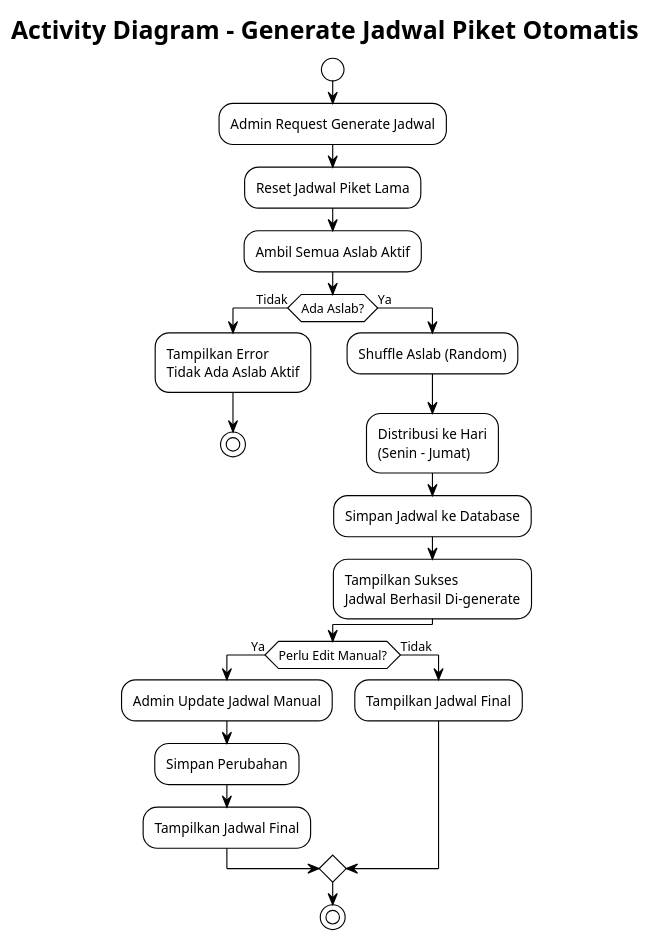
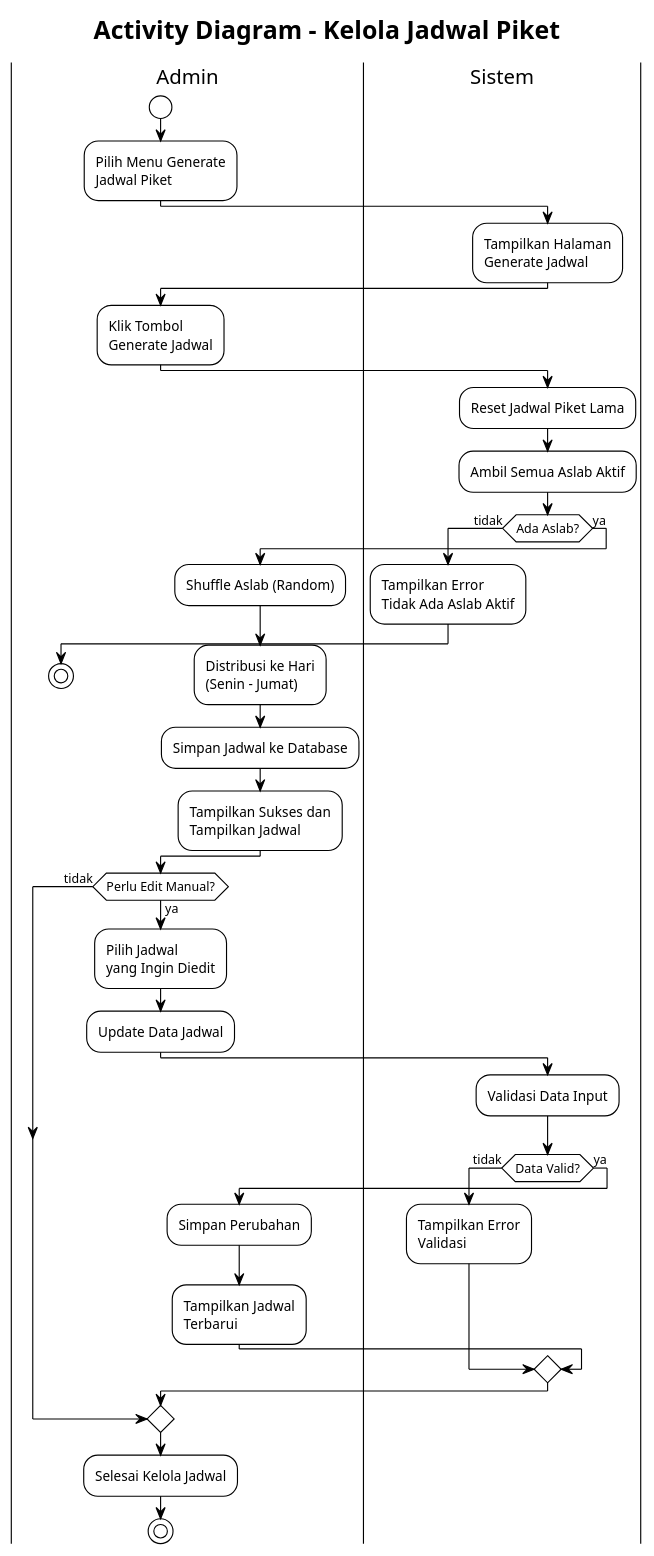
One commit to zalzdarkent/absensi_aslab_react changed the diagram in docs/diagrams/activity/generate_jadwal_piket.puml. Above: the diagram before and after it, drawn with PlantUML. The commit also changed 1 other file, not shown here.

```diff
--- a/docs/diagrams/activity/generate_jadwal_piket.puml
+++ b/docs/diagrams/activity/generate_jadwal_piket.puml
@@ -1,33 +1,53 @@
 @startuml Generate Jadwal Piket Otomatis
 !theme plain
 
-title Activity Diagram - Generate Jadwal Piket Otomatis
+title Activity Diagram - Kelola Jadwal Piket
 
+|Admin|
 start
-:Admin Request Generate Jadwal;
+:Pilih Menu Generate\nJadwal Piket;
 
+|Sistem|
+:Tampilkan Halaman\nGenerate Jadwal;
+
+|Admin|
+:Klik Tombol\nGenerate Jadwal;
+
+|Sistem|
 :Reset Jadwal Piket Lama;
-
 :Ambil Semua Aslab Aktif;
 
-if (Ada Aslab?) then (Tidak)
+if (Ada Aslab?) then (tidak)
   :Tampilkan Error\nTidak Ada Aslab Aktif;
+  |Admin|
   stop
-else (Ya)
+else (ya)
   :Shuffle Aslab (Random);
   :Distribusi ke Hari\n(Senin - Jumat);
   :Simpan Jadwal ke Database;
-  :Tampilkan Sukses\nJadwal Berhasil Di-generate;
+  :Tampilkan Sukses dan\nTampilkan Jadwal;
 endif
 
-if (Perlu Edit Manual?) then (Ya)
-  :Admin Update Jadwal Manual;
-  :Simpan Perubahan;
-  :Tampilkan Jadwal Final;
-else (Tidak)
-  :Tampilkan Jadwal Final;
+|Admin|
+if (Perlu Edit Manual?) then (ya)
+  :Pilih Jadwal\nyang Ingin Diedit;
+  :Update Data Jadwal;
+  
+  |Sistem|
+  :Validasi Data Input;
+  
+  if (Data Valid?) then (tidak)
+    :Tampilkan Error\nValidasi;
+    |Admin|
+  else (ya)
+    :Simpan Perubahan;
+    :Tampilkan Jadwal\nTerbarui;
+    |Admin|
+  endif
+else (tidak)
 endif
 
+:Selesai Kelola Jadwal;
 stop
 
 @enduml
```
